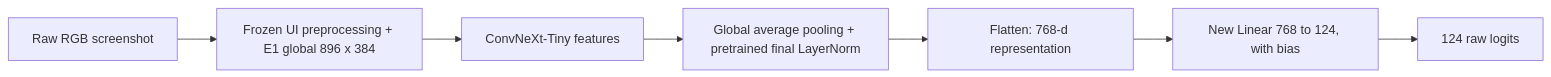
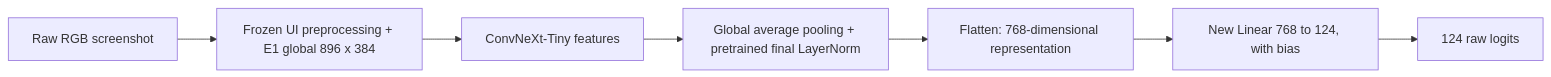
Before and after one commit to HiimRaccoon/CS406: the diagram in docs/E1/specs.md, drawn with Mermaid. The commit also changed other lines of this file, not shown here.

````diff
--- a/docs/E1/specs.md
+++ b/docs/E1/specs.md
@@ -96,9 +107,9 @@
 ```mermaid
 flowchart LR
     A[Raw RGB screenshot] --> B[Frozen UI preprocessing + E1 global 896 x 384]
     B --> C[ConvNeXt-Tiny features]
     C --> D[Global average pooling + pretrained final LayerNorm]
-    D --> E[Flatten: 768-d representation]
+    D --> E[Flatten: 768-dimensional representation]
     E --> F[New Linear 768 to 124, with bias]
     F --> G[124 raw logits]
 ```
````
